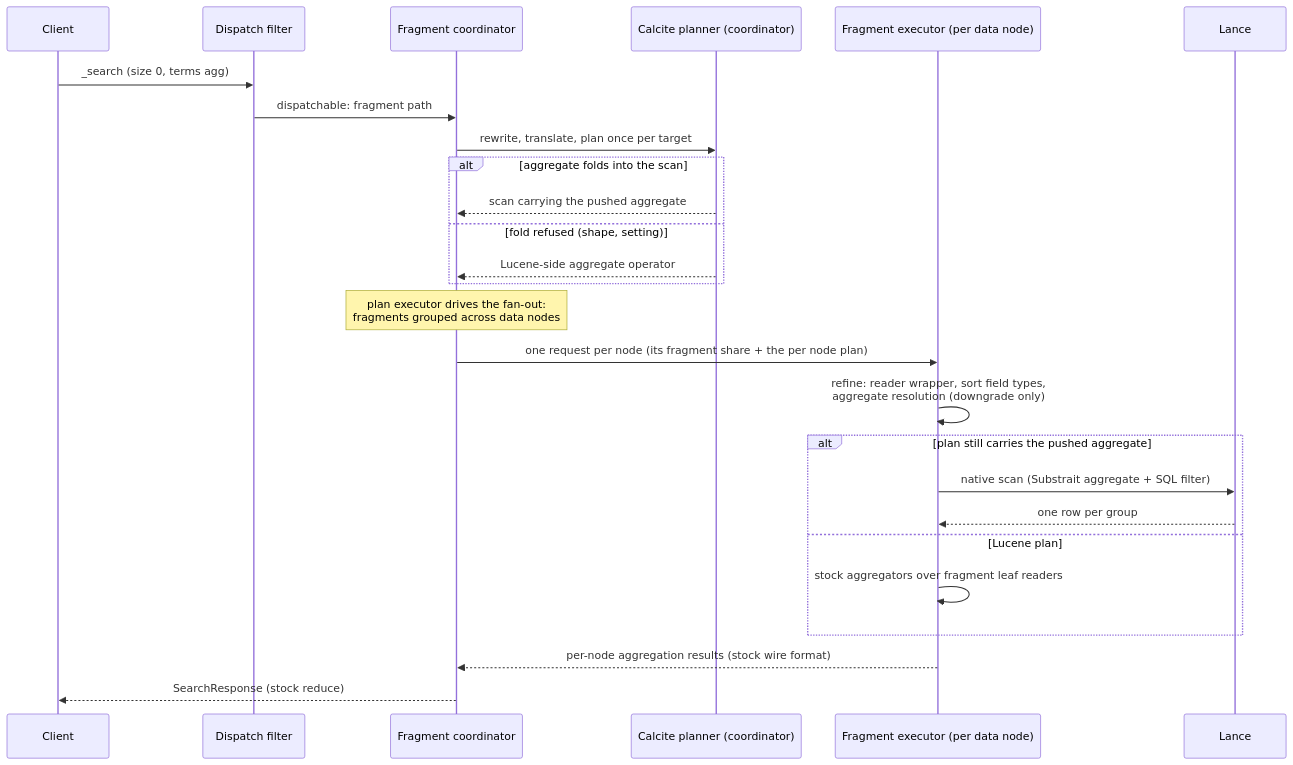
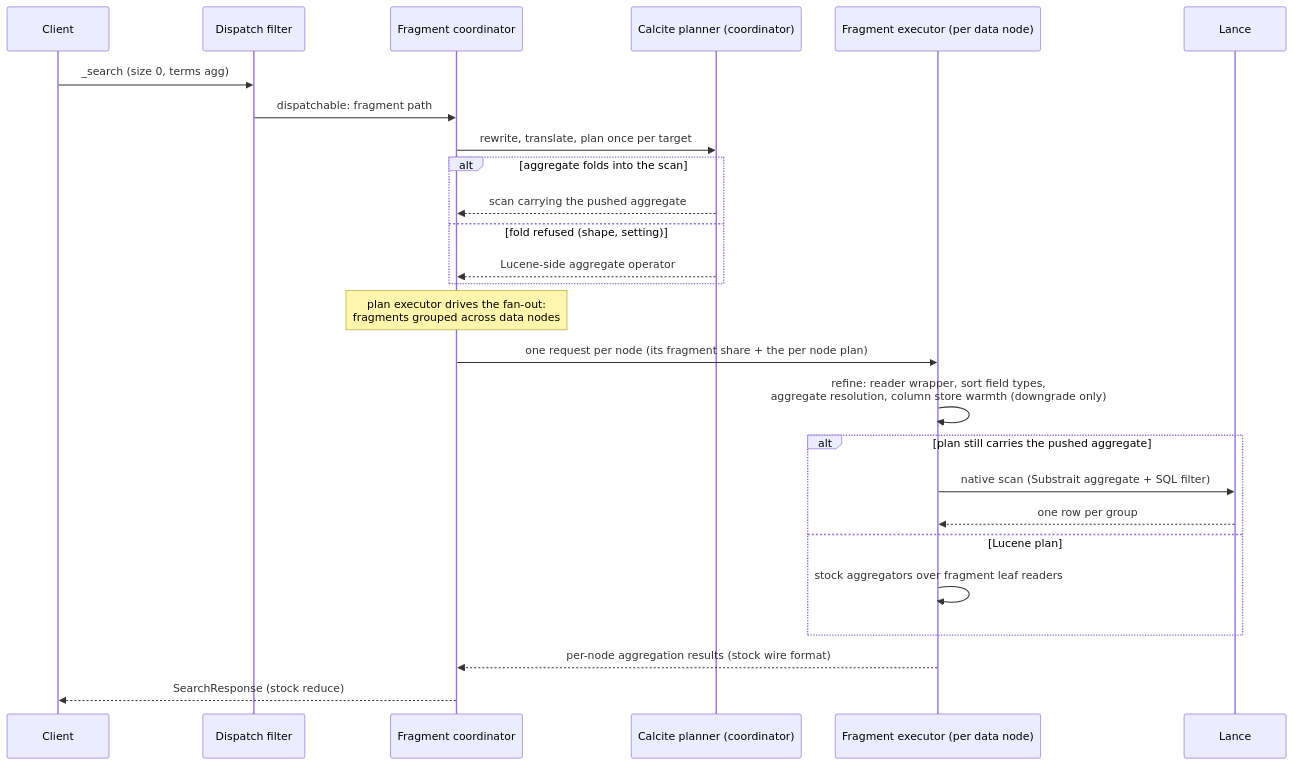
One commit to lawofcycles/lance-opensearch changed the third of 4 diagrams in docs/architecture.md. Above: the diagram before and after it, drawn with Mermaid. The commit also changed other lines of this file and 2 other files, not shown here.

Commit message:
Document the column store refinement and add the changelog fragment

````diff
--- a/docs/architecture.md
+++ b/docs/architecture.md
@@ -216,28 +216,28 @@
 ```mermaid
 sequenceDiagram
     participant C as Client
     participant F as Dispatch filter
     participant CO as Fragment coordinator
     participant P as Calcite planner (coordinator)
     participant EX as Fragment executor (per data node)
     participant L as Lance
     C->>F: _search (size 0, terms agg)
     F->>CO: dispatchable: fragment path
     CO->>P: rewrite, translate, plan once per target
     alt aggregate folds into the scan
         P-->>CO: scan carrying the pushed aggregate
     else fold refused (shape, setting)
         P-->>CO: Lucene-side aggregate operator
     end
     Note over CO: plan executor drives the fan-out:<br/>fragments grouped across data nodes
     CO->>EX: one request per node (its fragment share + the per node plan)
-    EX->>EX: refine: reader wrapper, sort field types,<br/>aggregate resolution (downgrade only)
+    EX->>EX: refine: reader wrapper, sort field types,<br/>aggregate resolution, column store warmth (downgrade only)
     alt plan still carries the pushed aggregate
         EX->>L: native scan (Substrait aggregate + SQL filter)
         L-->>EX: one row per group
     else Lucene plan
         EX->>EX: stock aggregators over fragment leaf readers
     end
     EX-->>CO: per-node aggregation results (stock wire format)
     CO-->>C: SearchResponse (stock reduce)
 ```
````
